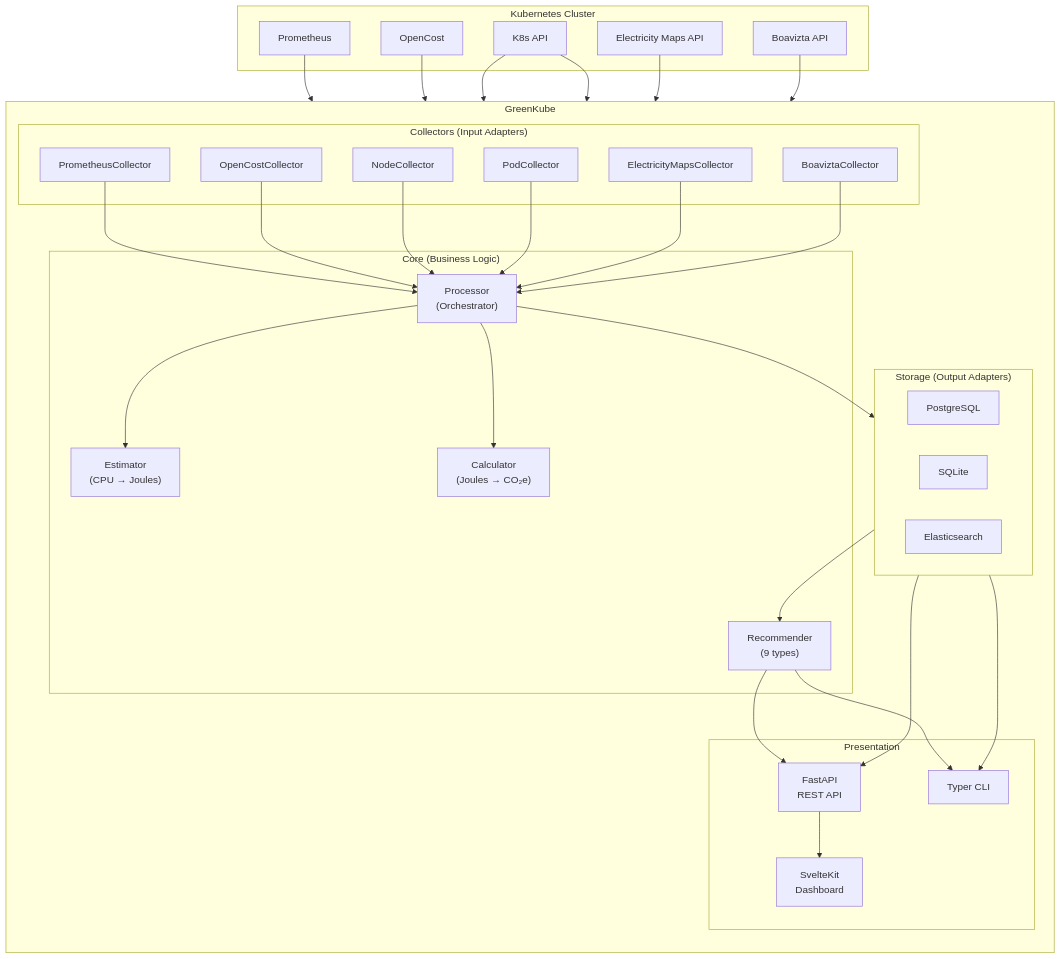
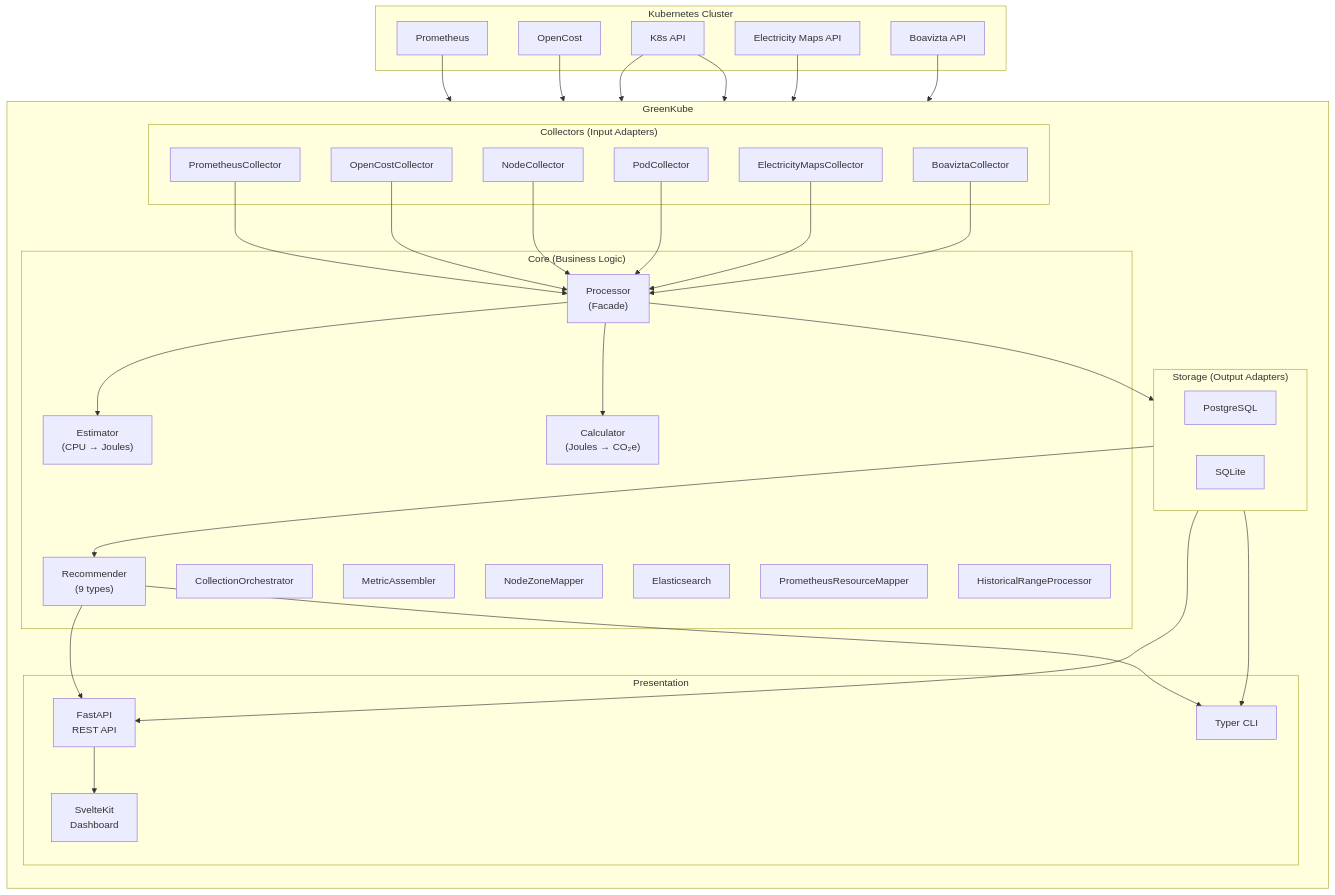
One commit to GreenKubeCloud/GreenKube changed the diagram in docs/architecture.md. Above: the diagram before and after it, drawn with Mermaid. The commit also changed other lines of this file, not shown here.

Commit message:
doc: update dataprocessor architecture

````diff
--- a/docs/architecture.md
+++ b/docs/architecture.md
@@ -7,66 +7,72 @@
 ```mermaid
 flowchart TB
     subgraph K8s["Kubernetes Cluster"]
         Prom["Prometheus"]
         OC["OpenCost"]
         K8sAPI["K8s API"]
         EM["Electricity Maps API"]
         Boavizta["Boavizta API"]
     end
 
     subgraph GreenKube["GreenKube"]
         direction TB
         subgraph Collectors["Collectors (Input Adapters)"]
             PC["PrometheusCollector"]
             OCC["OpenCostCollector"]
             NC["NodeCollector"]
             PodC["PodCollector"]
             EMC["ElectricityMapsCollector"]
             BC["BoaviztaCollector"]
         end
 
         subgraph Core["Core (Business Logic)"]
             Est["Estimator\n(CPU → Joules)"]
-            Proc["Processor\n(Orchestrator)"]
+            Proc["Processor\n(Facade)"]
             Calc["Calculator\n(Joules → CO₂e)"]
             Rec["Recommender\n(9 types)"]
+            CO["CollectionOrchestrator"]
+            MA["MetricAssembler"]
+            NZM["NodeZoneMapper"]
+            ES["EmbodiedService"]
+            PRM["PrometheusResourceMapper"]
+            HRP["HistoricalRangeProcessor"]
         end
 
         subgraph Storage["Storage (Output Adapters)"]
             PG["PostgreSQL"]
             SQLite["SQLite"]
             ES["Elasticsearch"]
         end
 
         subgraph Presentation["Presentation"]
             API["FastAPI\nREST API"]
             CLI["Typer CLI"]
             Dash["SvelteKit\nDashboard"]
         end
     end
 
     Prom --> PC
     OC --> OCC
     K8sAPI --> NC
     K8sAPI --> PodC
     EM --> EMC
     Boavizta --> BC
 
     PC --> Proc
     OCC --> Proc
     NC --> Proc
     PodC --> Proc
     EMC --> Proc
     BC --> Proc
 
     Proc --> Est
     Proc --> Calc
     Proc --> Storage
 
     Storage --> API
     Storage --> CLI
     API --> Dash
     Storage --> Rec
     Rec --> API
     Rec --> CLI
 ```
````
